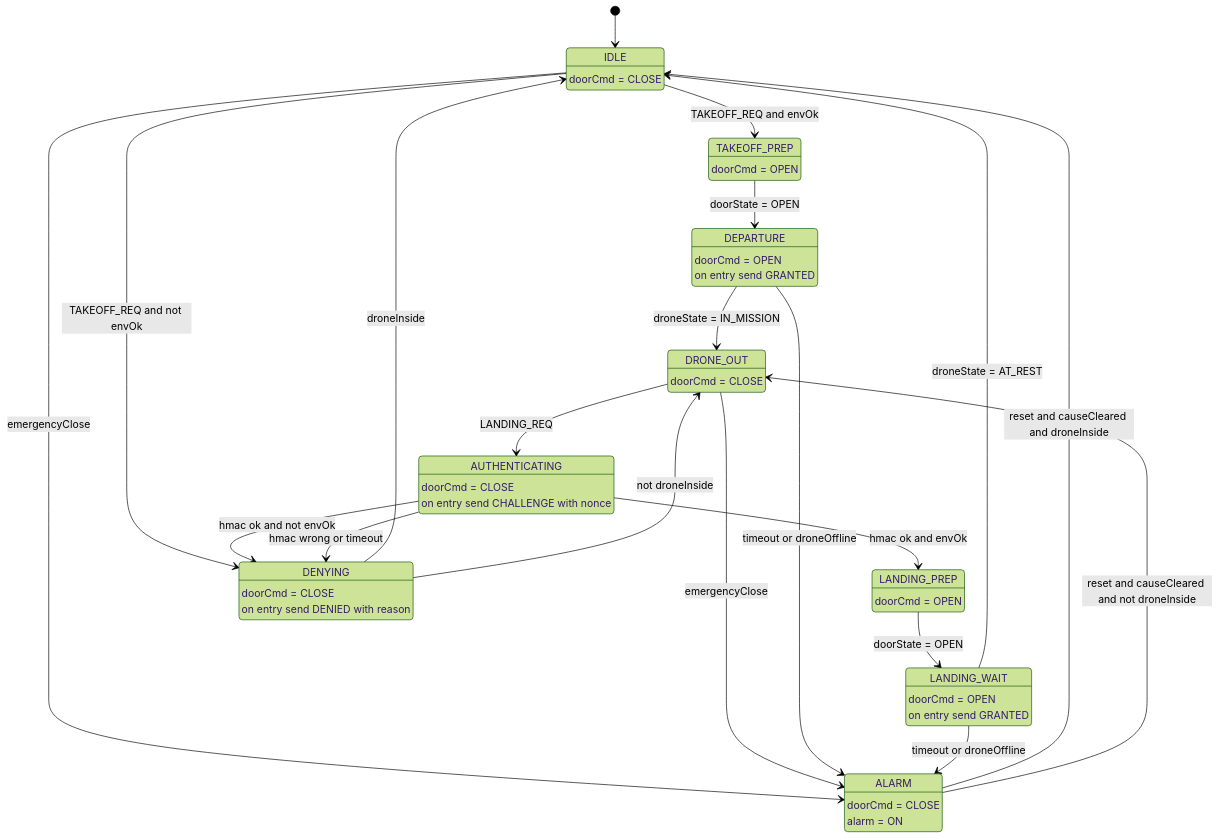
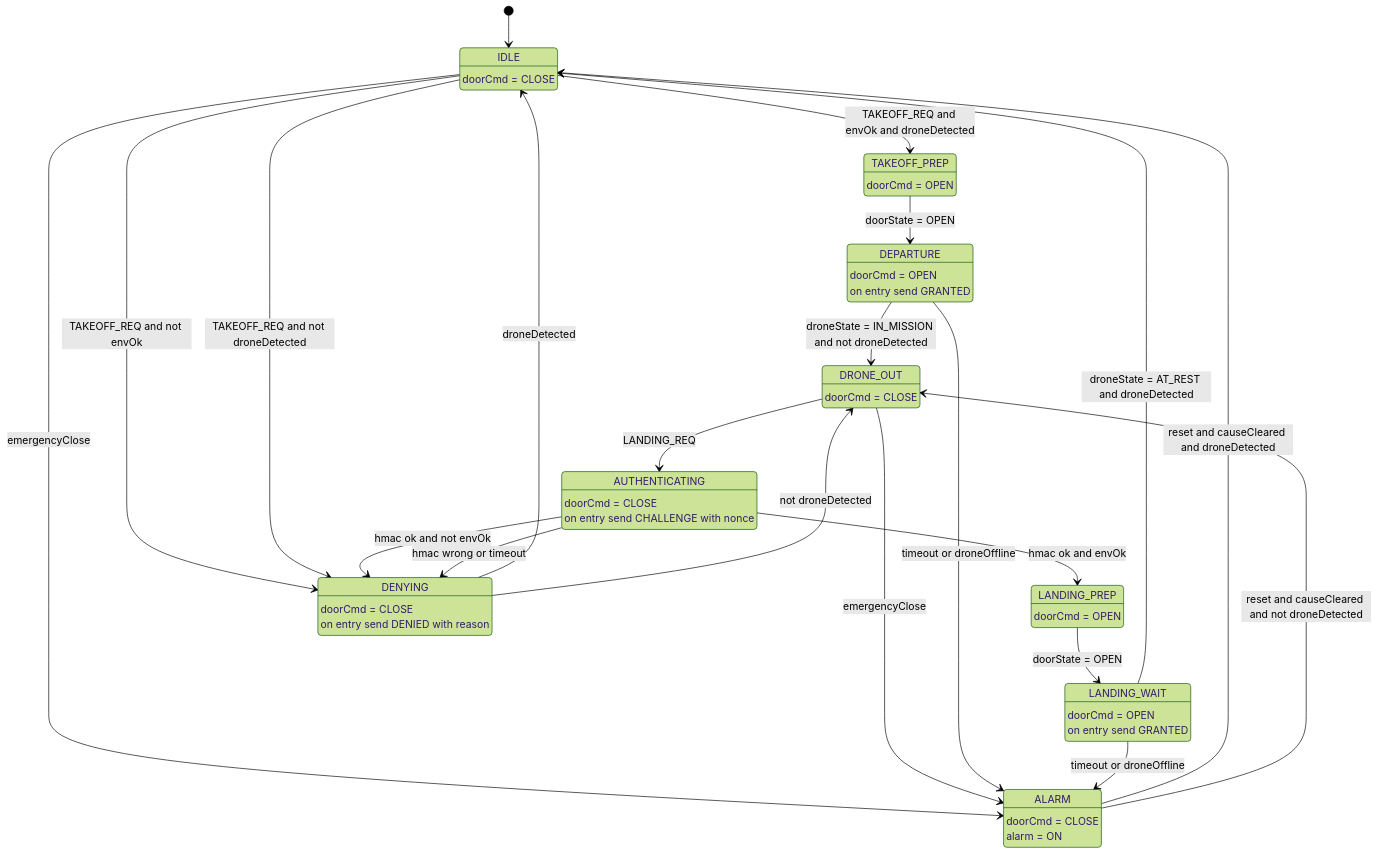
Before and after one commit to eduardalexandrut/drone-in-a-box: the second of 9 diagrams in docs/behaviour.md, drawn with Mermaid (forest theme). The commit also changed other lines of this file and 2 other files, not shown here.

````diff
--- a/docs/behaviour.md
+++ b/docs/behaviour.md
@@ -148,47 +162,48 @@
 ```mermaid
 stateDiagram-v2
 [*] --> IDLE
-
+ 
 state "IDLE" as IDLE
 IDLE : doorCmd = CLOSE
 state "TAKEOFF_PREP" as TAKEOFF_PREP
 TAKEOFF_PREP : doorCmd = OPEN
 state "DEPARTURE" as DEPARTURE
 DEPARTURE : doorCmd = OPEN
 DEPARTURE : on entry send GRANTED
 state "DRONE_OUT" as DRONE_OUT
 DRONE_OUT : doorCmd = CLOSE
 state "AUTHENTICATING" as AUTHENTICATING
 AUTHENTICATING : doorCmd = CLOSE
 AUTHENTICATING : on entry send CHALLENGE with nonce
 state "LANDING_PREP" as LANDING_PREP
 LANDING_PREP : doorCmd = OPEN
 state "LANDING_WAIT" as LANDING_WAIT
 LANDING_WAIT : doorCmd = OPEN
 LANDING_WAIT : on entry send GRANTED
 state "DENYING" as DENYING
 DENYING : doorCmd = CLOSE
 DENYING : on entry send DENIED with reason
 state "ALARM" as ALARM
 ALARM : doorCmd = CLOSE
 ALARM : alarm = ON
-
-IDLE --> TAKEOFF_PREP : TAKEOFF_REQ and envOk
+ 
+IDLE --> TAKEOFF_PREP : TAKEOFF_REQ and envOk and droneDetected
 IDLE --> DENYING : TAKEOFF_REQ and not envOk
+IDLE --> DENYING : TAKEOFF_REQ and not droneDetected
 TAKEOFF_PREP --> DEPARTURE : doorState = OPEN
-DEPARTURE --> DRONE_OUT : droneState = IN_MISSION
+DEPARTURE --> DRONE_OUT : droneState = IN_MISSION and not droneDetected
 DRONE_OUT --> AUTHENTICATING : LANDING_REQ
 AUTHENTICATING --> LANDING_PREP : hmac ok and envOk
 AUTHENTICATING --> DENYING : hmac ok and not envOk
 AUTHENTICATING --> DENYING : hmac wrong or timeout
 LANDING_PREP --> LANDING_WAIT : doorState = OPEN
-LANDING_WAIT --> IDLE : droneState = AT_REST
-DENYING --> IDLE : droneInside
-DENYING --> DRONE_OUT : not droneInside
+LANDING_WAIT --> IDLE : droneState = AT_REST and droneDetected
+DENYING --> IDLE : droneDetected
+DENYING --> DRONE_OUT : not droneDetected
 IDLE --> ALARM : emergencyClose
 DRONE_OUT --> ALARM : emergencyClose
 DEPARTURE --> ALARM : timeout or droneOffline
 LANDING_WAIT --> ALARM : timeout or droneOffline
-ALARM --> IDLE : reset and causeCleared and droneInside
-ALARM --> DRONE_OUT : reset and causeCleared and not droneInside
+ALARM --> IDLE : reset and causeCleared and droneDetected
+ALARM --> DRONE_OUT : reset and causeCleared and not droneDetected
 ```
````
